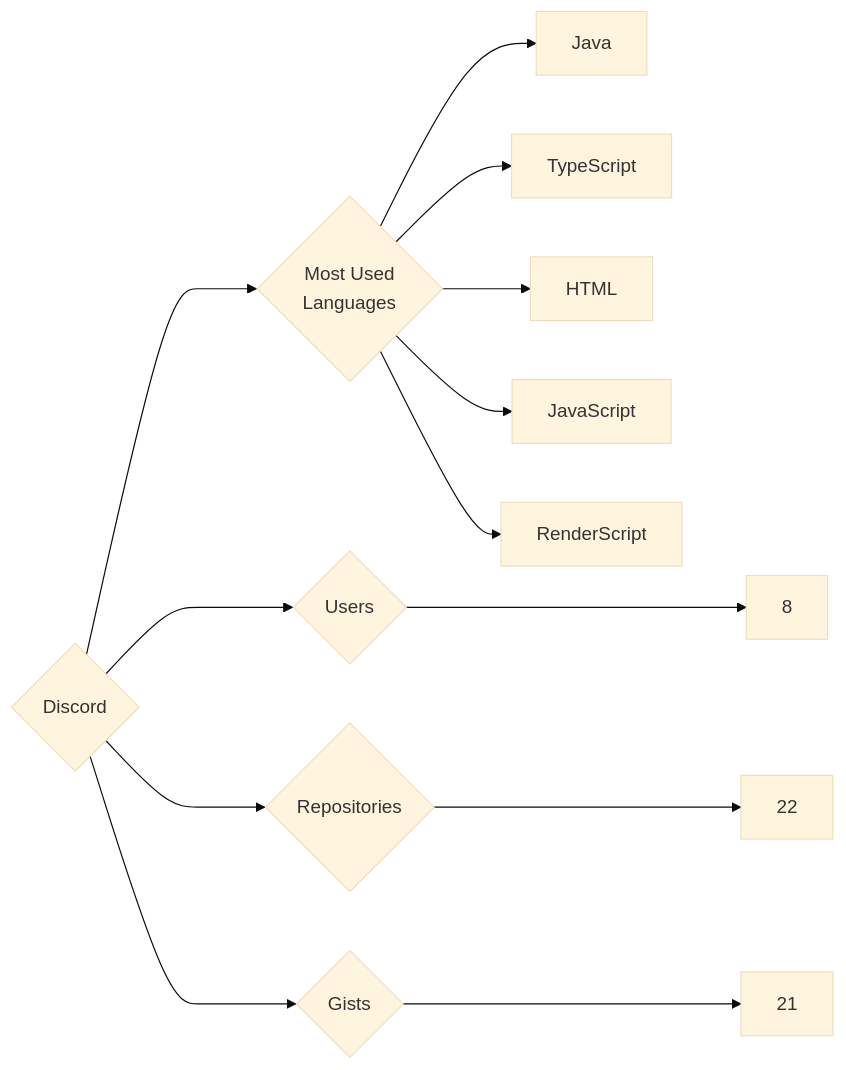
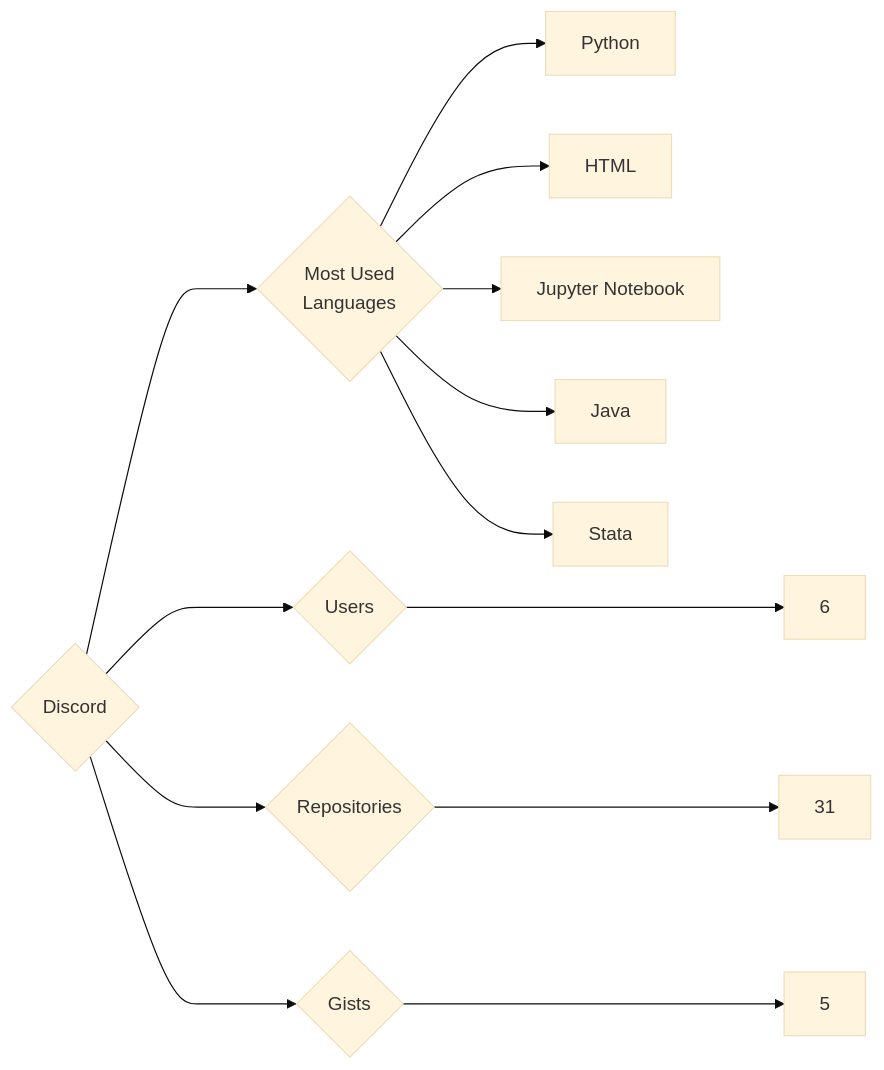
One commit to trickest/insiders changed the diagram in targets/Discord/README.md. Above: the diagram before and after it, drawn with Mermaid (base theme). The commit also changed 1141 other files, not shown here.

````diff
--- a/targets/Discord/README.md
+++ b/targets/Discord/README.md
@@ -3,13 +3,13 @@
 ```mermaid
 graph LR
 COMPANY_NAME{Discord}
-COMPANY_NAME ---> U{Users} ---> UN[8]
-COMPANY_NAME ---> R{Repositories} ---> RN[22]
-COMPANY_NAME ---> G{Gists} ---> GN[21]
+COMPANY_NAME ---> U{Users} ---> UN[6]
+COMPANY_NAME ---> R{Repositories} ---> RN[31]
+COMPANY_NAME ---> G{Gists} ---> GN[5]
 COMPANY_NAME ---> ML{Most Used<br>Languages}
+ML --> Python[Python]
+ML --> HTML[HTML]
+ML --> Jupyter_Notebook[Jupyter Notebook]
 ML --> Java[Java]
-ML --> TypeScript[TypeScript]
-ML --> HTML[HTML]
-ML --> JavaScript[JavaScript]
-ML --> RenderScript[RenderScript]
+ML --> Stata[Stata]
 ```
````
